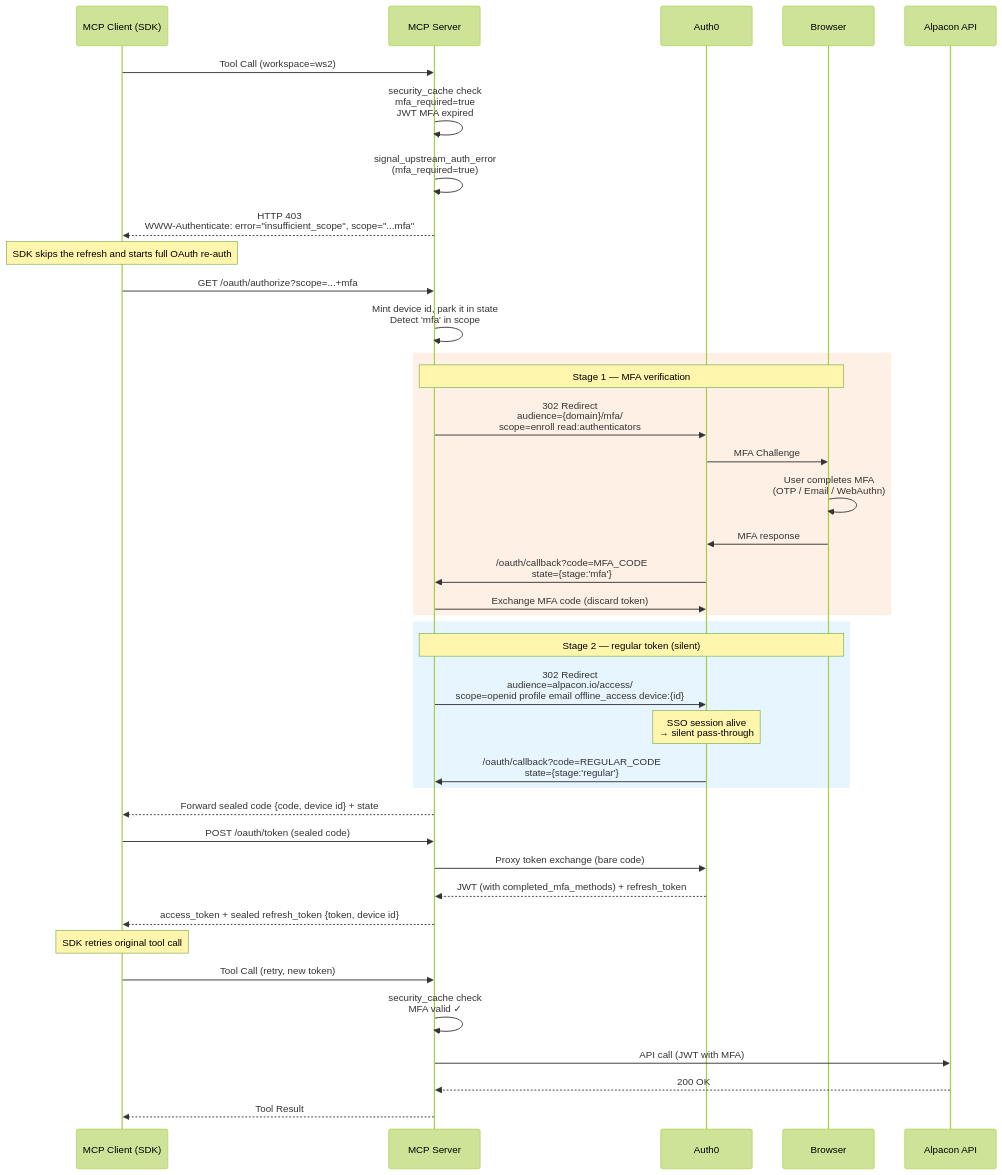
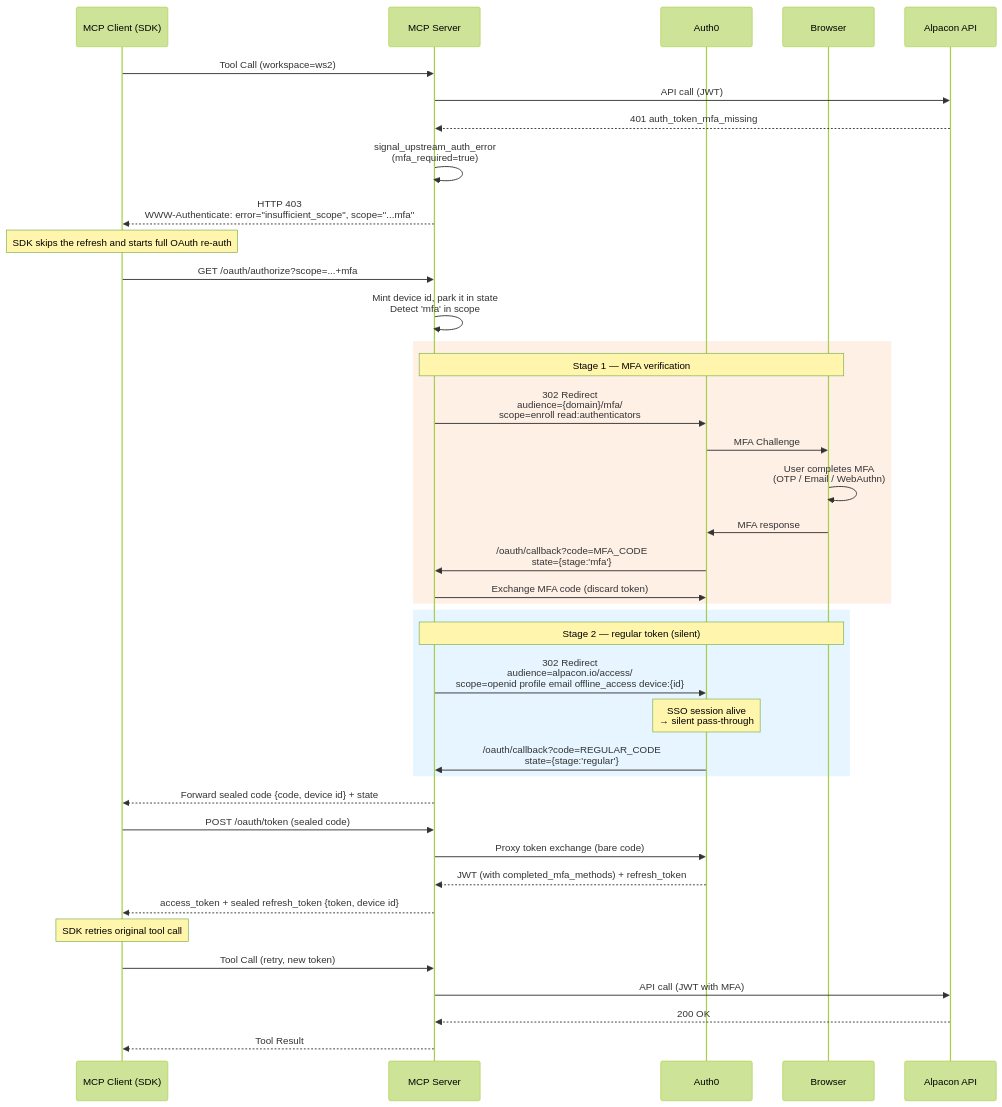
Before and after one commit to alpacax/alpacon-mcp: the third of 3 diagrams in docs/mfa-reauth-flow.md, drawn with Mermaid (forest theme). The commit also changed other lines of this file and 21 other files, not shown here.

First line of the commit message:
feat(mfa): answer auth_mfa_required with an MFA link in the tool result (#427)

````diff
--- a/docs/mfa-reauth-flow.md
+++ b/docs/mfa-reauth-flow.md
@@ -32,51 +61,50 @@
 ```mermaid
 sequenceDiagram
     participant C as MCP Client (SDK)
     participant S as MCP Server
     participant A0 as Auth0
     participant B as Browser
+    participant API as Alpacon API
 
     C->>S: Tool Call (workspace=ws2)
-    S->>S: security_cache check<br/>mfa_required=true<br/>JWT MFA expired
+    S->>API: API call (JWT)
+    API-->>S: 401 auth_token_mfa_missing
 
     S->>S: signal_upstream_auth_error<br/>(mfa_required=true)
     S-->>C: HTTP 403<br/>WWW-Authenticate: error="insufficient_scope", scope="...mfa"
 
     Note over C: SDK skips the refresh and starts full OAuth re-auth
 
     C->>S: GET /oauth/authorize?scope=...+mfa
     S->>S: Mint device id, park it in state<br/>Detect 'mfa' in scope
 
     rect rgb(255, 240, 230)
         Note over S,B: Stage 1 — MFA verification
         S->>A0: 302 Redirect<br/>audience={domain}/mfa/<br/>scope=enroll read:authenticators
         A0->>B: MFA Challenge
         B->>B: User completes MFA<br/>(OTP / Email / WebAuthn)
         B->>A0: MFA response
         A0->>S: /oauth/callback?code=MFA_CODE<br/>state={stage:'mfa'}
         S->>A0: Exchange MFA code (discard token)
     end
 
     rect rgb(230, 245, 255)
         Note over S,B: Stage 2 — regular token (silent)
         S->>A0: 302 Redirect<br/>audience=alpacon.io/access/<br/>scope=openid profile email offline_access device:{id}
         Note over A0: SSO session alive<br/>→ silent pass-through
         A0->>S: /oauth/callback?code=REGULAR_CODE<br/>state={stage:'regular'}
     end
 
     S-->>C: Forward sealed code {code, device id} + state
     C->>S: POST /oauth/token (sealed code)
     S->>A0: Proxy token exchange (bare code)
     A0-->>S: JWT (with completed_mfa_methods) + refresh_token
     S-->>C: access_token + sealed refresh_token {token, device id}
 
     Note over C: SDK retries original tool call
 
     C->>S: Tool Call (retry, new token)
-    S->>S: security_cache check<br/>MFA valid ✓
-
-    participant API as Alpacon API
     S->>API: API call (JWT with MFA)
     API-->>S: 200 OK
     S-->>C: Tool Result
 ```
````
